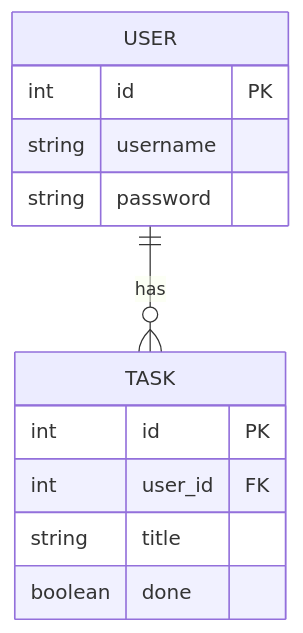
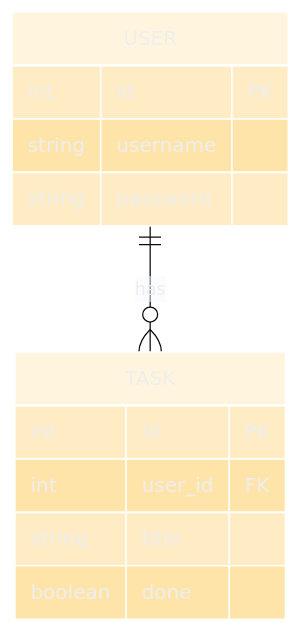
Before and after one commit to youssefaltai/task50: the diagram in README.md, drawn with Mermaid.

Commit message:
Make ERD in dark mode

````diff
--- a/README.md
+++ b/README.md
@@ -114,18 +114,23 @@
 ```mermaid
-%%{init: {'darkMode': true}}%%
+%%{init:{
+  'theme': 'base',
+  'themeVariables': {
+    'darkMode': true
+  }
+}}%%
 erDiagram
   USER ||--o{ TASK : has
 
   USER {
     int id PK
     string username
     string password
   }
 
   TASK {
     int id PK
     int user_id FK
     string title
     boolean done
   }
 ```
````
